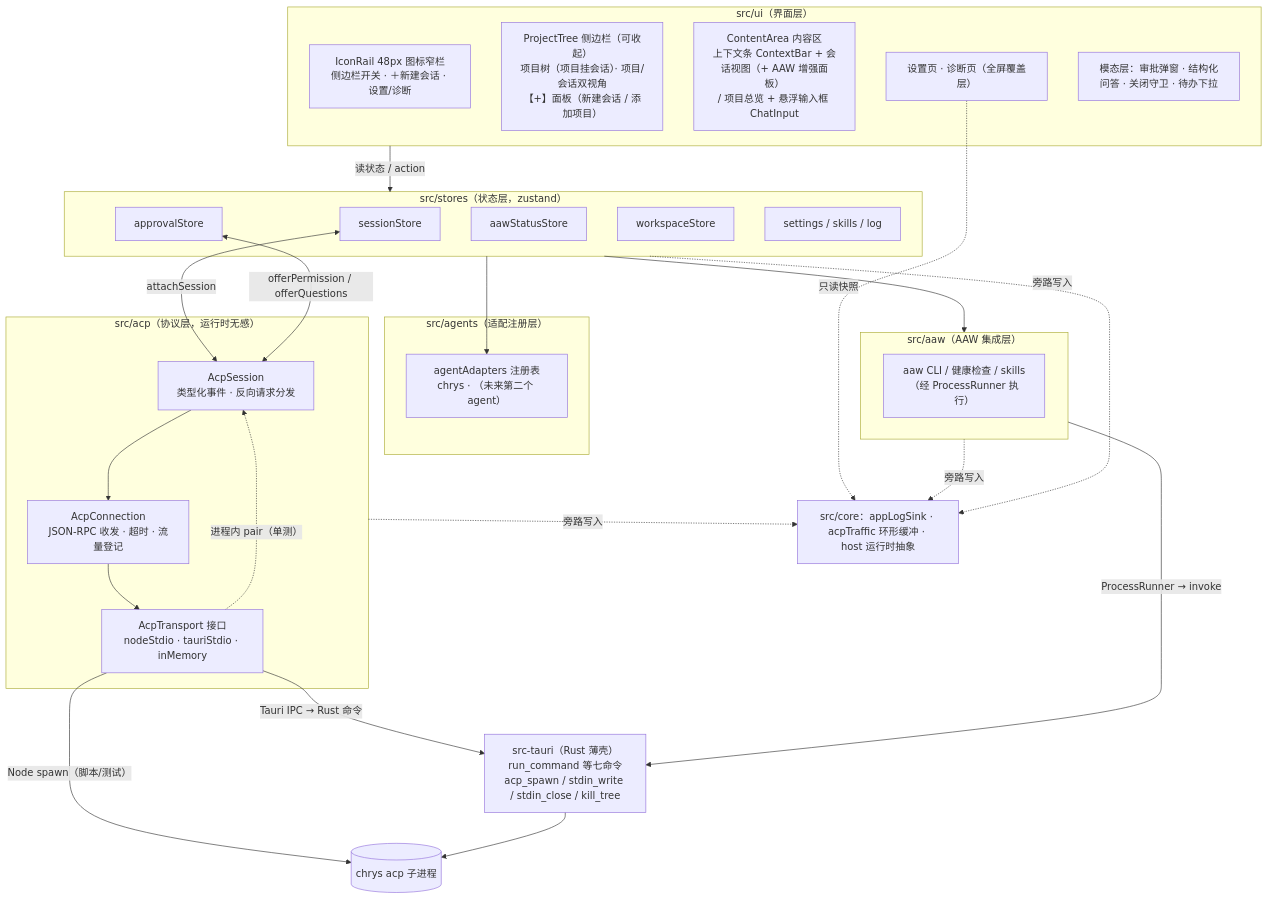
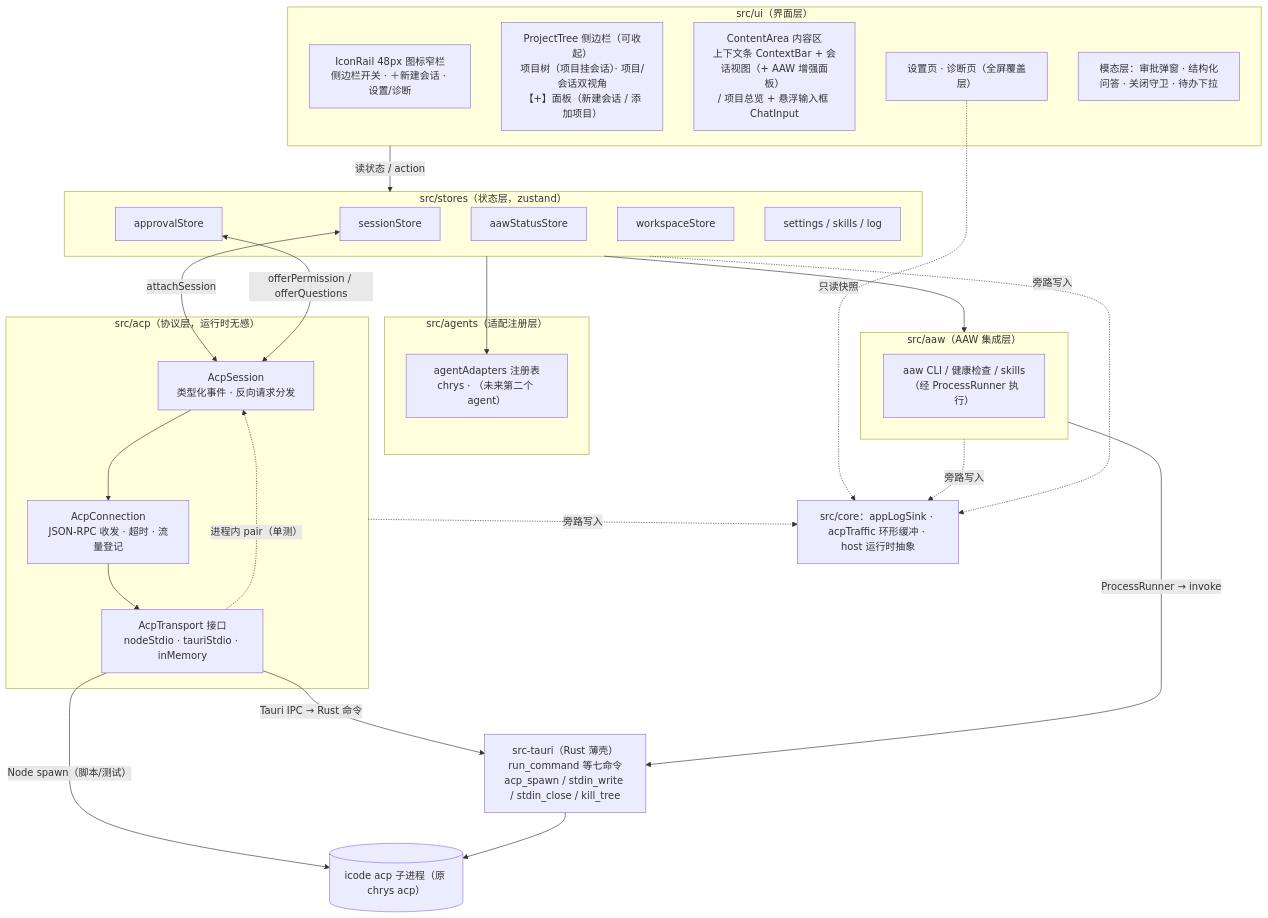
One commit to Hok1/Awesome-Agent-Workflow changed the diagram in desktop/docs/architecture.md. Above: the diagram before and after it, drawn with Mermaid. The commit also changed other lines of this file and 22 other files, not shown here.

First line of the commit message:
feat(desktop): 适配 iCode（原 chrys）——命令改名 icode，存量值自动迁移

````diff
--- a/desktop/docs/architecture.md
+++ b/desktop/docs/architecture.md
@@ -10,49 +10,49 @@
 ```mermaid
 flowchart TB
     subgraph UI["src/ui（界面层）"]
         Rail["IconRail 48px 图标窄栏<br/>侧边栏开关 · ＋新建会话 · 设置/诊断"]
         Tree["ProjectTree 侧边栏（可收起）<br/>项目树（项目挂会话）· 项目/会话双视角<br/>【+】面板（新建会话 / 添加项目）"]
         Content["ContentArea 内容区<br/>上下文条 ContextBar + 会话视图（+ AAW 增强面板）<br/>/ 项目总览 + 悬浮输入框 ChatInput"]
         Pages["设置页 · 诊断页（全屏覆盖层）"]
         Modals["模态层：审批弹窗 · 结构化问答 · 关闭守卫 · 待办下拉"]
     end
 
     subgraph Stores["src/stores（状态层，zustand）"]
         SessionStore["sessionStore"]
         ApprovalStore["approvalStore"]
         AawStore["aawStatusStore"]
         WorkspaceStore["workspaceStore"]
         Others["settings / skills / log"]
     end
 
     subgraph Agents["src/agents（适配注册层）"]
         Registry["agentAdapters 注册表<br/>chrys · （未来第二个 agent）"]
     end
 
     subgraph ACP["src/acp（协议层，运行时无感）"]
         Session["AcpSession<br/>类型化事件 · 反向请求分发"]
         Conn["AcpConnection<br/>JSON-RPC 收发 · 超时 · 流量登记"]
         Transports["AcpTransport 接口<br/>nodeStdio · tauriStdio · inMemory"]
     end
 
     subgraph AAW["src/aaw（AAW 集成层）"]
         Cli["aaw CLI / 健康检查 / skills<br/>（经 ProcessRunner 执行）"]
     end
 
     Core["src/core：appLogSink · acpTraffic 环形缓冲 · host 运行时抽象"]
     Rust["src-tauri（Rust 薄壳）<br/>run_command 等七命令<br/>acp_spawn / stdin_write / stdin_close / kill_tree"]
-    Chrys[("chrys acp 子进程")]
+    Chrys[("icode acp 子进程（原 chrys acp）")]
 
     UI -->|读状态 / action| Stores
     Stores --> AAW
     Stores --> Registry
     SessionStore <-->|attachSession| Session
     ApprovalStore <-->|offerPermission / offerQuestions| Session
     Session --> Conn --> Transports
     Transports -->|Node spawn（脚本/测试）| Chrys
     Transports -->|Tauri IPC → Rust 命令| Rust --> Chrys
     Transports -.->|进程内 pair（单测）| Session
     AAW -->|ProcessRunner → invoke| Rust
     ACP & AAW & Stores -.->|旁路写入| Core
     Pages -.->|只读快照| Core
 ```
````
